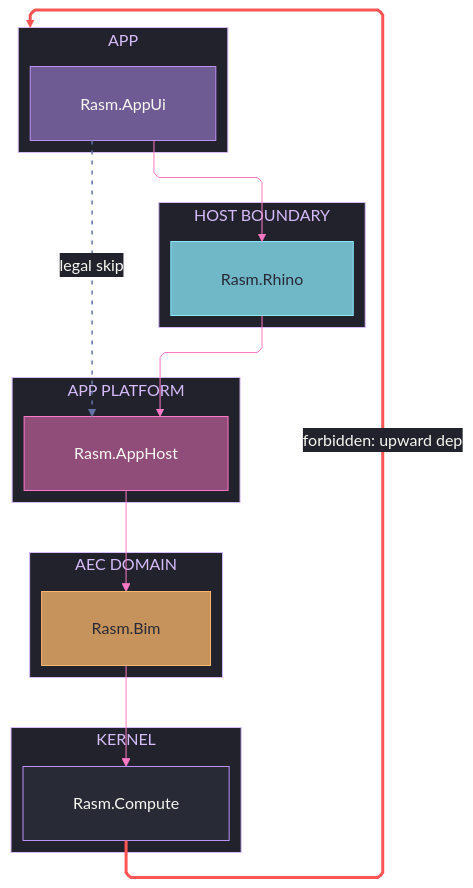
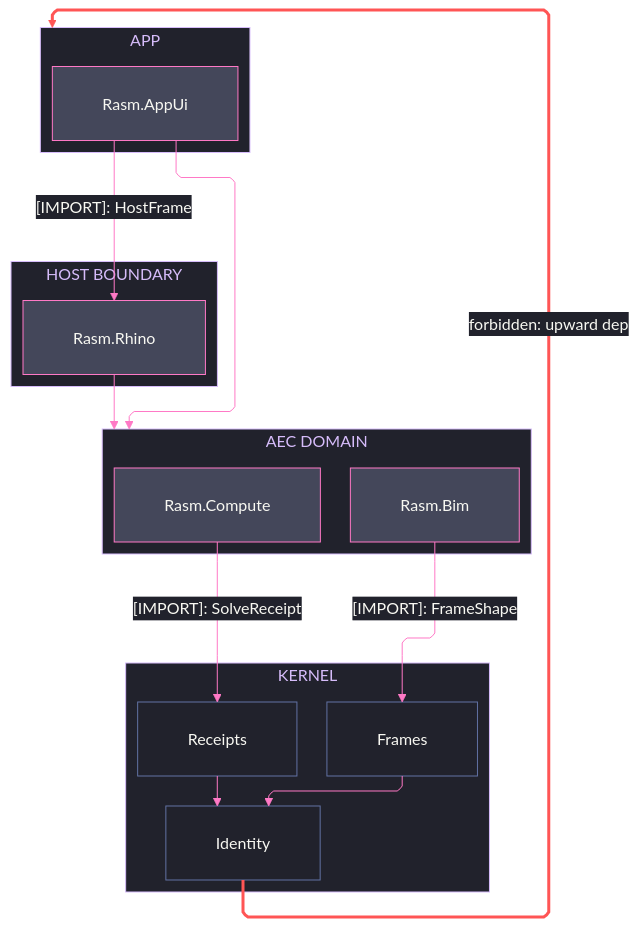
The diagram in .claude/skills/mermaid-diagramming/templates/strata.mmd.md (bsamiee/Rasm), drawn with Mermaid before and after one commit. The commit also changed other lines of this file and 26 other files, not shown here.

First line of the commit message:
skill: mermaid-diagramming full-estate rebuild — 26-attacker adversarial audit, 11.16 alignment, hardened gates

````diff
--- a/.claude/skills/mermaid-diagramming/templates/strata.mmd.md
+++ b/.claude/skills/mermaid-diagramming/templates/strata.mmd.md
@@ -5,64 +5,62 @@
 ```mermaid
 ---
 config:
   theme: base
   look: classic
   layout: elk
   flowchart:
     curve: linear
     padding: 25
   themeVariables:
     darkMode: true
     fontFamily: "SF Mono, Menlo, Cascadia Mono, Segoe UI Mono, Consolas, monospace"
     useGradient: false
     dropShadow: "none"
     background: "#282A36"
     primaryColor: "#44475A"
     primaryTextColor: "#F8F8F2"
     primaryBorderColor: "#BD93F9"
     lineColor: "#FF79C6"
     textColor: "#F8F8F2"
     clusterBkg: "#21222C"
     clusterBorder: "#D6BCFA"
     edgeLabelBackground: "#21222C"
     labelBackgroundColor: "#21222C"
     titleColor: "#D6BCFA"
   themeCSS: ".nodeLabel{font-size:13px;font-weight:500}.edgeLabel{font-size:12px;font-weight:500}.cluster-label .nodeLabel{font-size:13.5px;font-weight:700;letter-spacing:.08em}.edge-thickness-normal{stroke-width:2px}.edge-thickness-thick{stroke-width:3px}.edge-pattern-dashed,.edge-pattern-dotted{stroke-width:1.5px;stroke-dasharray:4 6}.node rect,.node circle,.node polygon,.node path,.node .outer-path{stroke-width:1.5px;filter:none!important}.cluster rect{stroke-width:1px!important;stroke-dasharray:5 4!important;filter:none!important}.marker path{transform:scale(.8);transform-origin:5px 5px}.marker circle{transform:scale(.48);transform-origin:5px 5px}.edgeLabel rect{transform-box:fill-box;transform-origin:center;transform:scale(1.1,1.2)}"
 ---
 flowchart TB
     accTitle: Package stratum law
-    accDescr: Five stacked strata from app through host boundary, platform, and domain onto the kernel, downward-only dependency edges, one dashed legal skip, and one forbidden upward edge styled red.
-    subgraph L5[APP]
+    accDescr: Four stacked strata from app through host boundary and domain onto a member-resolved kernel, downward-only import edges naming one sourced type each, cluster-target edges landing on layer boundaries, and one forbidden upward edge styled red.
+    subgraph L4[APP]
         App[Rasm.AppUi]
     end
-    subgraph L4[HOST BOUNDARY]
+    subgraph L3[HOST BOUNDARY]
         Host[Rasm.Rhino]
     end
-    subgraph L3[APP PLATFORM]
-        Platform[Rasm.AppHost]
-    end
     subgraph L2[AEC DOMAIN]
-        Domain[Rasm.Bim]
+        Bim[Rasm.Bim]
+        Compute[Rasm.Compute]
     end
     subgraph L1[KERNEL]
-        Kernel[Rasm.Compute]
+        Frames[Frames]
+        Identity[Identity]
+        Receipts[Receipts]
     end
-    App --> Host
-    Host --> Platform
-    Platform --> Domain
-    Domain --> Kernel
-    App -.->|"legal skip"| Platform
-    Kernel -->|"forbidden: upward dep"| L5
-    linkStyle 4 stroke:#6272A4,color:#F8F8F2,stroke-width:1.5px,stroke-dasharray:4 6
-    linkStyle 5 stroke:#FF5555,stroke-width:3px,color:#F8F8F2
-    classDef stratumApp fill:#BD93F980,stroke:#BD93F9,color:#F8F8F2
-    classDef stratumHost fill:#8BE9FDBF,stroke:#8BE9FD,color:#282A36
-    classDef stratumPlatform fill:#FF79C680,stroke:#FF79C6,color:#F8F8F2
-    classDef stratumDomain fill:#FFB86CBF,stroke:#FFB86C,color:#282A36
-    classDef boundary fill:#282A36,stroke:#BD93F9,color:#F8F8F2
-    class App stratumApp
-    class Host stratumHost
-    class Platform stratumPlatform
-    class Domain stratumDomain
-    class Kernel boundary
+    App e1@-->|"[IMPORT]: HostFrame"| Host
+    Host e2@--> L2
+    App e3@--> L2
+    Bim e4@-->|"[IMPORT]: FrameShape"| Frames
+    Compute e5@-->|"[IMPORT]: SolveReceipt"| Receipts
+    Frames r1@--> Identity
+    Receipts r2@--> Identity
+    Identity f1@-->|"forbidden: upward dep"| L4
+    class e1,e2,e3,e4,e5,r1,r2 edgeControl
+    class f1 edgeError
+    classDef primary fill:#44475A,stroke:#FF79C6,color:#F8F8F2
+    classDef recessed fill:#21222C,stroke:#6272A4,color:#F8F8F2
+    classDef edgeControl stroke:#FF79C6,color:#F8F8F2
+    classDef edgeError stroke:#FF5555,stroke-width:3px,color:#F8F8F2
+    class App,Host,Bim,Compute primary
+    class Frames,Identity,Receipts recessed
 ```
````
